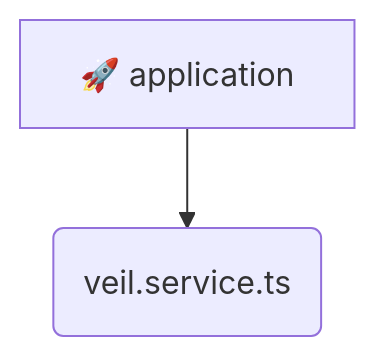
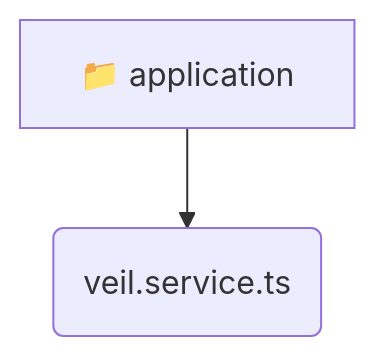
One commit to beginwebdev2002/fullstack-mavluda changed the diagram in backend/src/modules/veil/application/README.md. Above: the diagram before and after it, drawn with Mermaid. The commit also changed other lines of this file and 155 other files, not shown here.

````diff
--- a/backend/src/modules/veil/application/README.md
+++ b/backend/src/modules/veil/application/README.md
@@ -9,5 +9,5 @@
 ```mermaid
 graph TD
-  application[🚀 application]
-  application --> veil_service_ts(veil.service.ts)
+  application[📁 application]
+  application --> application_veil_service_ts(veil.service.ts)
 ```
````
